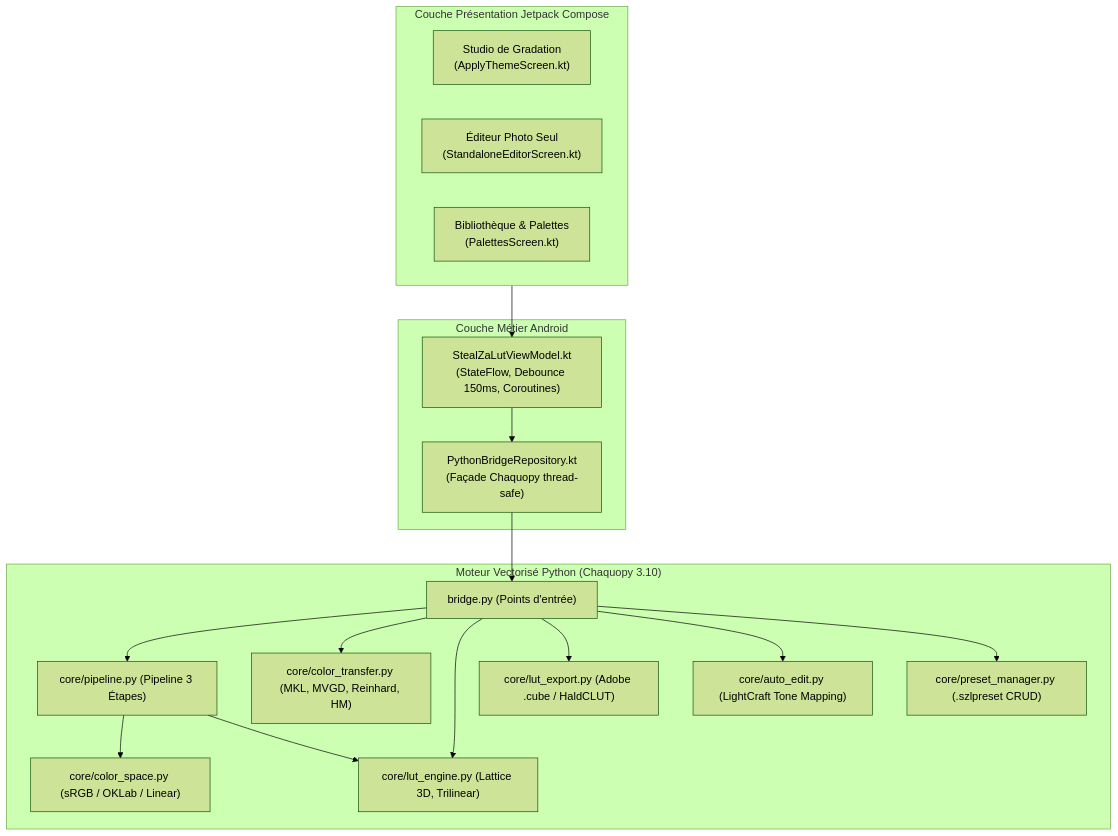
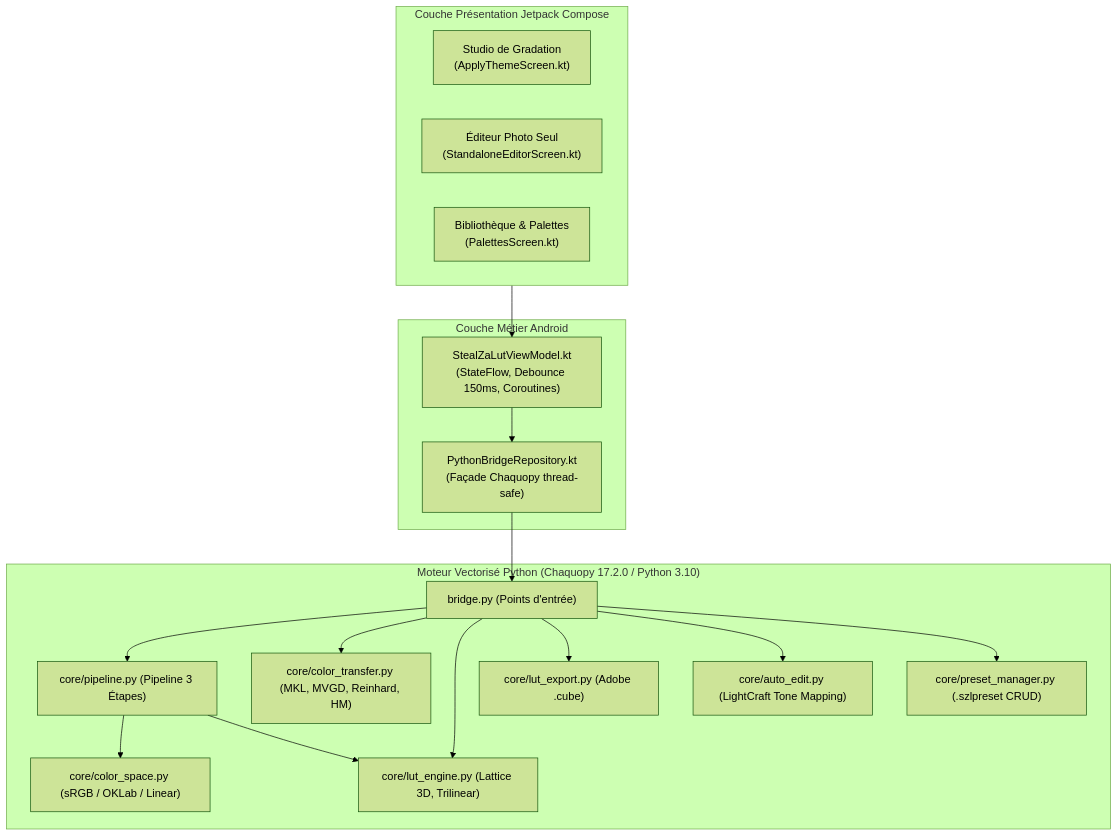
The second of 2 diagrams in README.md (Aupiet/StealZaLut_Mobile), drawn with Mermaid (forest theme) before and after one commit. The commit also changed other lines of this file and 4 other files, not shown here.

````diff
--- a/README.md
+++ b/README.md
@@ -134,30 +134,30 @@
 ```mermaid
 graph TD
     subgraph UI ["Couche Présentation Jetpack Compose"]
         ApplyScreen["Studio de Gradation\n(ApplyThemeScreen.kt)"]
         EditorScreen["Éditeur Photo Seul\n(StandaloneEditorScreen.kt)"]
         PalettesScreen["Bibliothèque & Palettes\n(PalettesScreen.kt)"]
     end
 
     subgraph VM ["Couche Métier Android"]
         ViewModel["StealZaLutViewModel.kt\n(StateFlow, Debounce 150ms, Coroutines)"]
         BridgeRepo["PythonBridgeRepository.kt\n(Façade Chaquopy thread-safe)"]
     end
 
-    subgraph CorePython ["Moteur Vectorisé Python (Chaquopy 3.10)"]
+    subgraph CorePython ["Moteur Vectorisé Python (Chaquopy 17.2.0 / Python 3.10)"]
         Bridge["bridge.py (Points d'entrée)"]
         Pipeline["core/pipeline.py (Pipeline 3 Étapes)"]
         ColorSpace["core/color_space.py (sRGB / OKLab / Linear)"]
         ColorTransfer["core/color_transfer.py (MKL, MVGD, Reinhard, HM)"]
         LutEngine["core/lut_engine.py (Lattice 3D, Trilinear)"]
-        LutExport["core/lut_export.py (Adobe .cube / HaldCLUT)"]
+        LutExport["core/lut_export.py (Adobe .cube)"]
         AutoEdit["core/auto_edit.py (LightCraft Tone Mapping)"]
         PresetManager["core/preset_manager.py (.szlpreset CRUD)"]
     end
 
     UI --> ViewModel
     ViewModel --> BridgeRepo
     BridgeRepo --> Bridge
     Bridge --> Pipeline & ColorTransfer & LutEngine & LutExport & AutoEdit & PresetManager
     Pipeline --> ColorSpace & LutEngine
 ```
````
